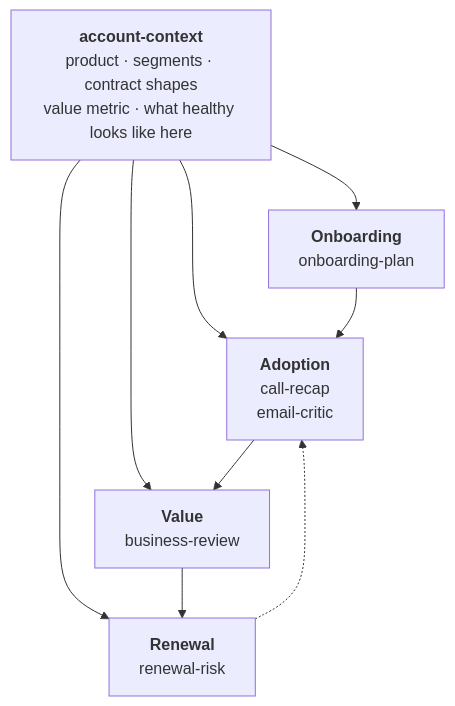
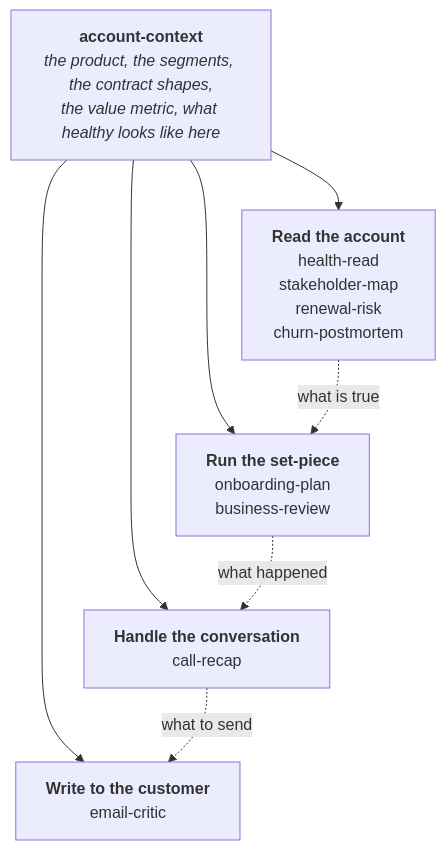
One commit to CSPulse/Skills changed the diagram in README.md. Above: the diagram before and after it, drawn with Mermaid. The commit also changed other lines of this file and 2 other files, not shown here.

Commit message:
Redraw the README diagram for all nine skills and stop the opening going stale
PR #10 updated three README tables and missed the two most visible things
on the page. The diagram showed four skills out of nine under a heading
that says 'How these work together', and the opening paragraph still
enumerated the original five jobs.

The diagram is now grouped by category rather than by lifecycle stage.
Three of the new skills are not lifecycle stages at all, so the old framing
had stopped fitting, and grouping by category also stops the diagram and
the category table telling different stories.

The opening no longer lists skills. Enumerating them is what made it go
stale, so it now describes the shape of the library and points at the list.

Process, so this does not recur: the pull request template and CONTRIBUTING
now name all five README locations individually rather than saying 'update
the README'. The three tables have a row per skill so a gap is visible. The
diagram and the opening prose have no per-skill structure, which is exactly
why they need naming.

Closes #12

````diff
--- a/README.md
+++ b/README.md
@@ -29,10 +31,13 @@
 ```mermaid
 flowchart TB
-    AC["<b>account-context</b><br/>product · segments · contract shapes<br/>value metric · what healthy looks like here"]
-    AC --> A["<b>Onboarding</b><br/>onboarding-plan"]
-    AC --> B["<b>Adoption</b><br/>call-recap<br/>email-critic"]
-    AC --> C["<b>Value</b><br/>business-review"]
-    AC --> D["<b>Renewal</b><br/>renewal-risk"]
-    A --> B --> C --> D
-    D -.-> B
+    AC["<b>account-context</b><br/><i>the product, the segments, the contract shapes,<br/>the value metric, what healthy looks like here</i>"]
+
+    AC --> R["<b>Read the account</b><br/>health-read<br/>stakeholder-map<br/>renewal-risk<br/>churn-postmortem"]
+    AC --> S["<b>Run the set-piece</b><br/>onboarding-plan<br/>business-review"]
+    AC --> C["<b>Handle the conversation</b><br/>call-recap"]
+    AC --> W["<b>Write to the customer</b><br/>email-critic"]
+
+    R -.->|"what is true"| S
+    S -.->|"what happened"| C
+    C -.->|"what to send"| W
 ```
````
